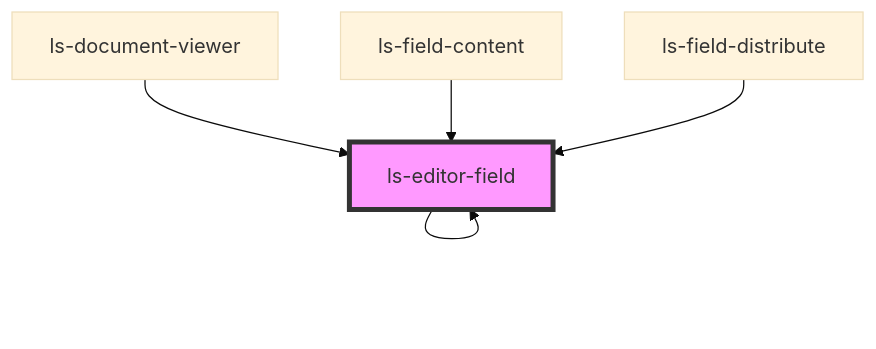
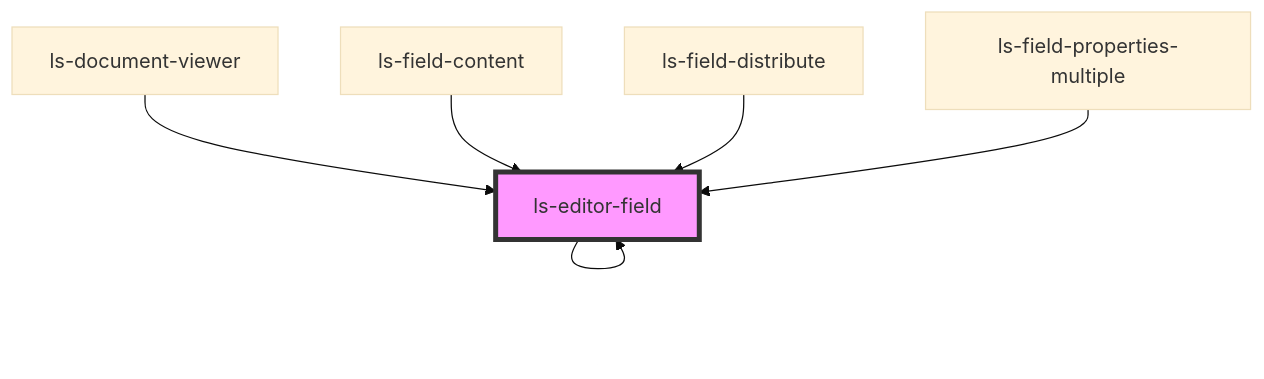
The diagram in src/components/ls-editor-field/readme.md (legalesign/ls-document-viewer), drawn with Mermaid (base theme) before and after one commit. The commit also changed other lines of this file and 7 other files, not shown here.

````diff
--- a/src/components/ls-editor-field/readme.md
+++ b/src/components/ls-editor-field/readme.md
@@ -47,8 +48,9 @@
 ```mermaid
 graph TD;
   ls-editor-field --> ls-editor-field
   ls-document-viewer --> ls-editor-field
   ls-field-content --> ls-editor-field
   ls-field-distribute --> ls-editor-field
+  ls-field-properties-multiple --> ls-editor-field
   style ls-editor-field fill:#f9f,stroke:#333,stroke-width:4px
 ```
````
